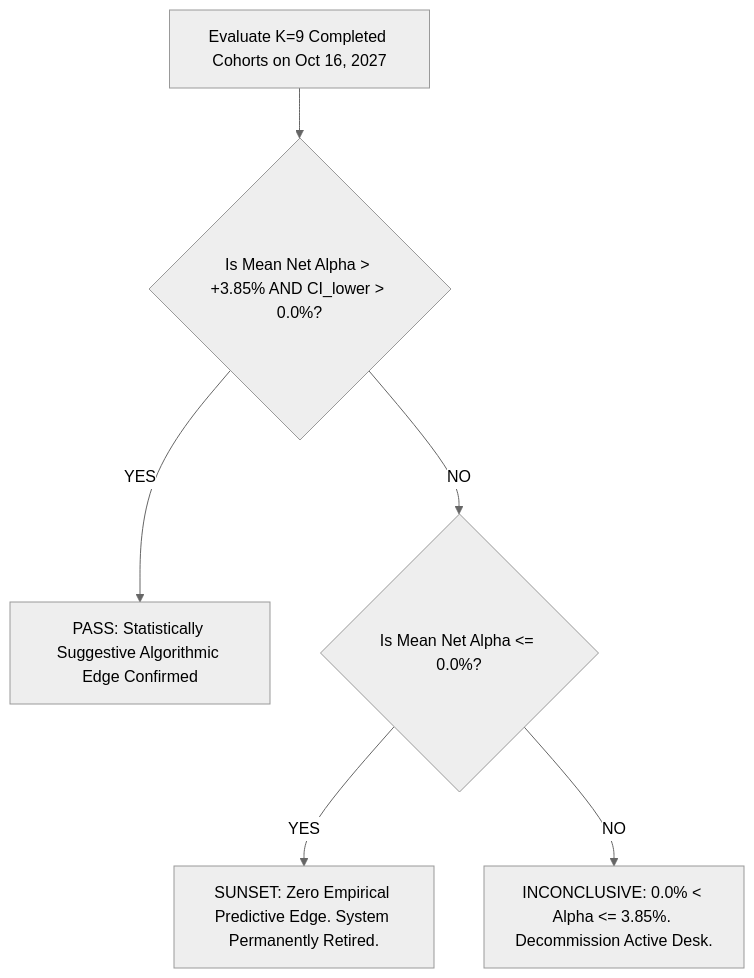
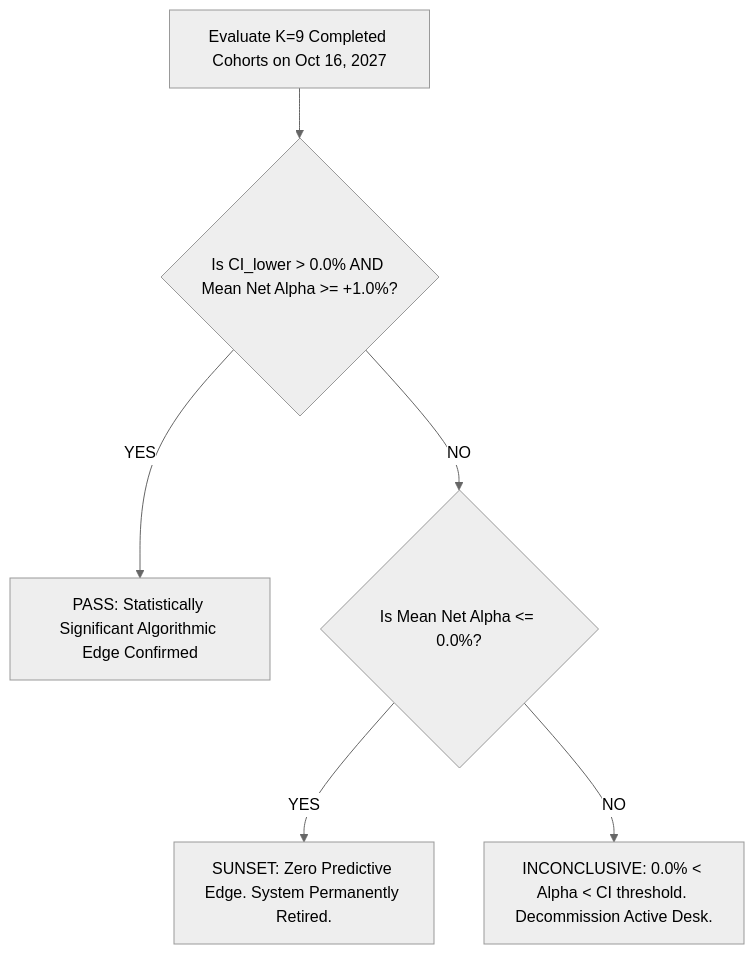
Before and after one commit to redopm/Trade_Matrix: the diagram in docs/forward_testing_protocol_v2.md, drawn with Mermaid (neutral theme). The commit also changed other lines of this file and 10 other files, not shown here.

````diff
--- a/docs/forward_testing_protocol_v2.md
+++ b/docs/forward_testing_protocol_v2.md
@@ -166,8 +167,8 @@
 ```mermaid
 graph TD
-    A[Evaluate K=9 Completed Cohorts on Oct 16, 2027] --> B{Is Mean Net Alpha > +3.85% AND CI_lower > 0.0%?}
-    B -- YES --> C[PASS: Statistically Suggestive Algorithmic Edge Confirmed]
+    A[Evaluate K=9 Completed Cohorts on Oct 16, 2027] --> B{Is CI_lower > 0.0% AND Mean Net Alpha >= +1.0%?}
+    B -- YES --> C[PASS: Statistically Significant Algorithmic Edge Confirmed]
     B -- NO --> D{Is Mean Net Alpha <= 0.0%?}
-    D -- YES --> E[SUNSET: Zero Empirical Predictive Edge. System Permanently Retired.]
-    D -- NO --> F[INCONCLUSIVE: 0.0% < Alpha <= 3.85%. Decommission Active Desk.]
+    D -- YES --> E[SUNSET: Zero Predictive Edge. System Permanently Retired.]
+    D -- NO --> F[INCONCLUSIVE: 0.0% < Alpha < CI threshold. Decommission Active Desk.]
 ```
````
